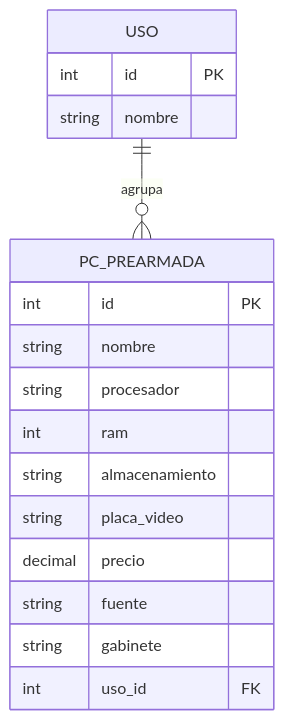
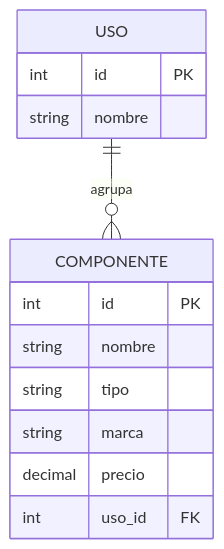
Before and after one commit to titiyo/TecnologiasWeb: the diagram in README.md, drawn with Mermaid. The commit also changed other lines of this file and 17 other files, not shown here.

Commit message:
Rename PcPrearmada to Componente and add nombre search

````diff
--- a/README.md
+++ b/README.md
@@ -40,6 +36,6 @@
 ```mermaid
 erDiagram
-    USO ||--o{ PC_PREARMADA : "agrupa"
+    USO ||--o{ COMPONENTE : "agrupa"
     USO { int id PK string nombre }
-    PC_PREARMADA { int id PK string nombre string procesador int ram string almacenamiento string placa_video decimal precio string fuente string gabinete int uso_id FK }
+    COMPONENTE { int id PK string nombre string tipo string marca decimal precio int uso_id FK }
 ```
````
